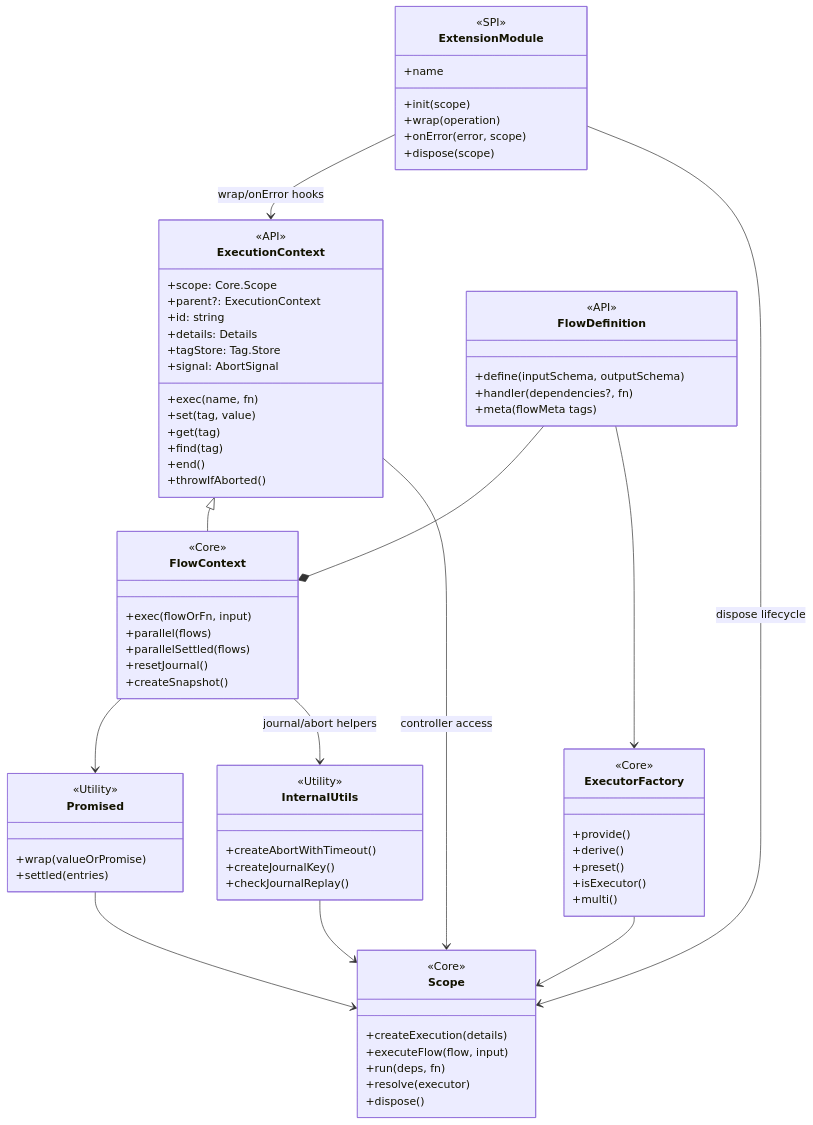
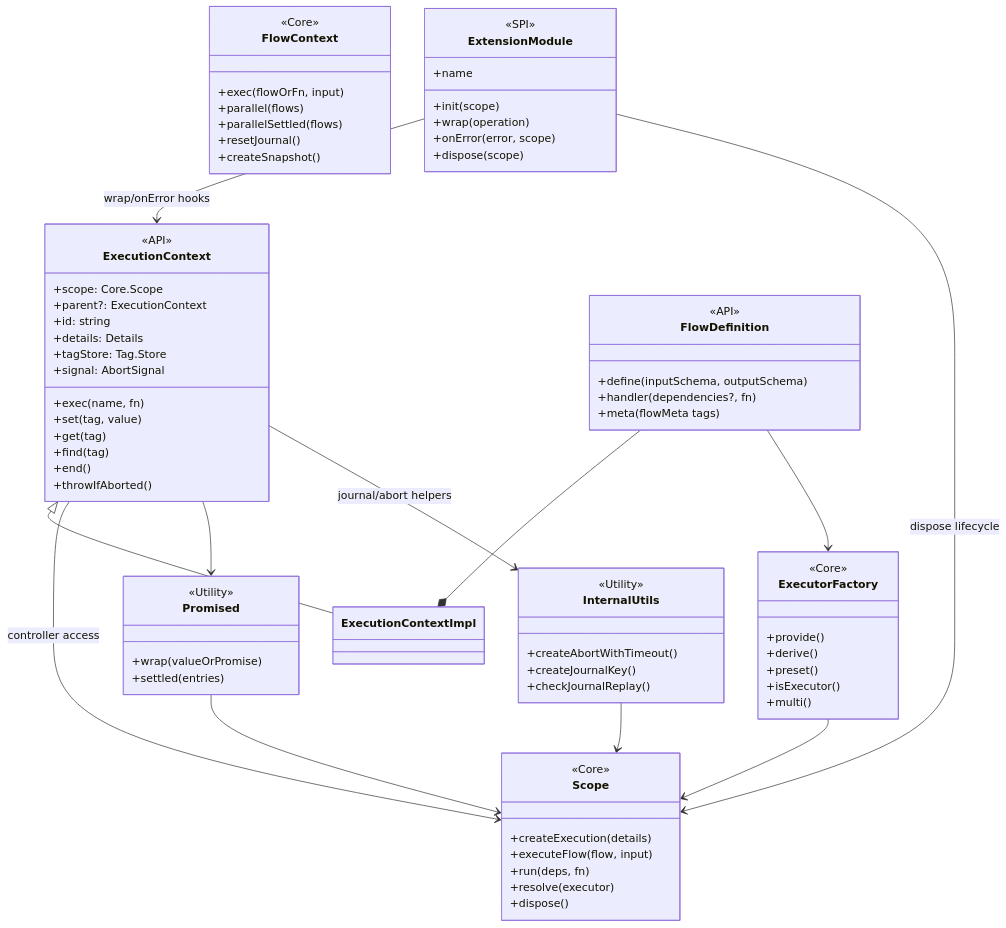
The second of 2 diagrams in docs/index.md (pumped-fn/pumped-fn), drawn with Mermaid before and after one commit. The commit also changed other lines of this file and 17 other files, not shown here.

```diff
--- a/docs/index.md
+++ b/docs/index.md
@@ -126,13 +126,13 @@
     +dispose(scope)
   }
 
-  ExecutionContext <|-- FlowContext
-  FlowDefinition --* FlowContext
+  ExecutionContext <|-- ExecutionContextImpl
+  FlowDefinition --* ExecutionContextImpl
   FlowDefinition --> ExecutorFactory
   ExecutorFactory --> Scope
   ExecutionContext --> Scope : controller access
-  FlowContext --> Promised
-  FlowContext --> InternalUtils : journal/abort helpers
+  ExecutionContext --> Promised
+  ExecutionContext --> InternalUtils : journal/abort helpers
   Promised --> Scope
   ExtensionModule --> ExecutionContext : wrap/onError hooks
   ExtensionModule --> Scope : dispose lifecycle
```
